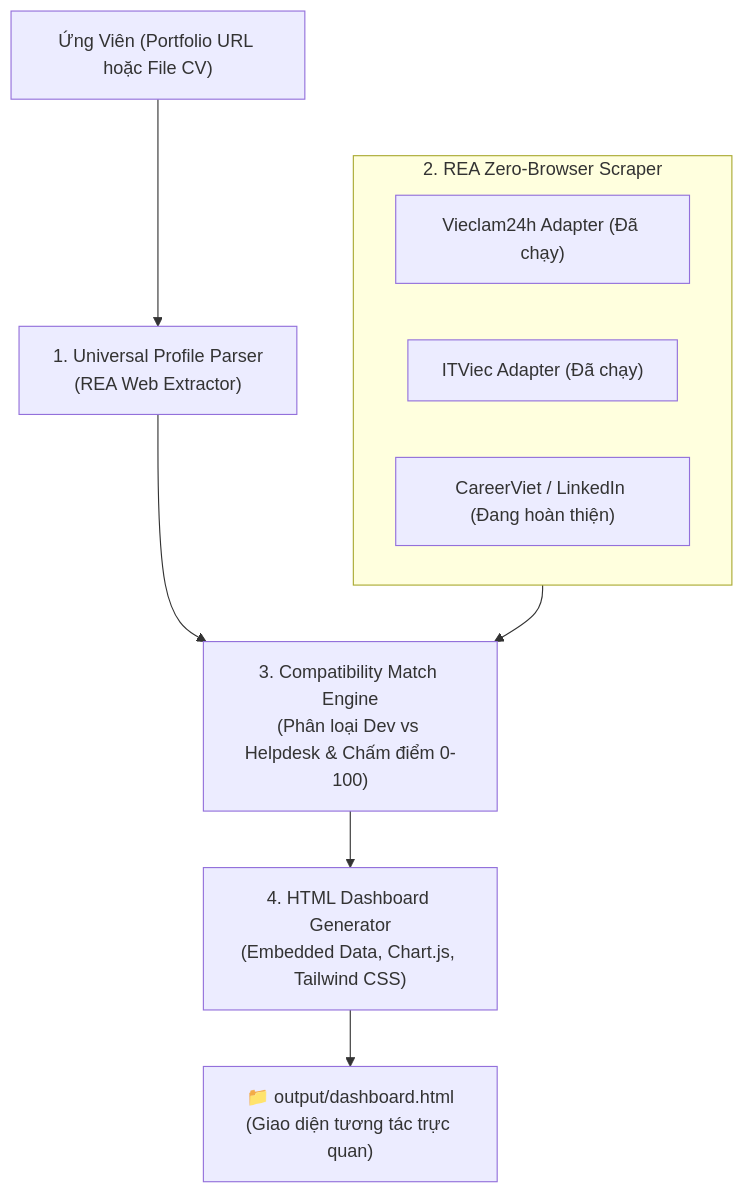
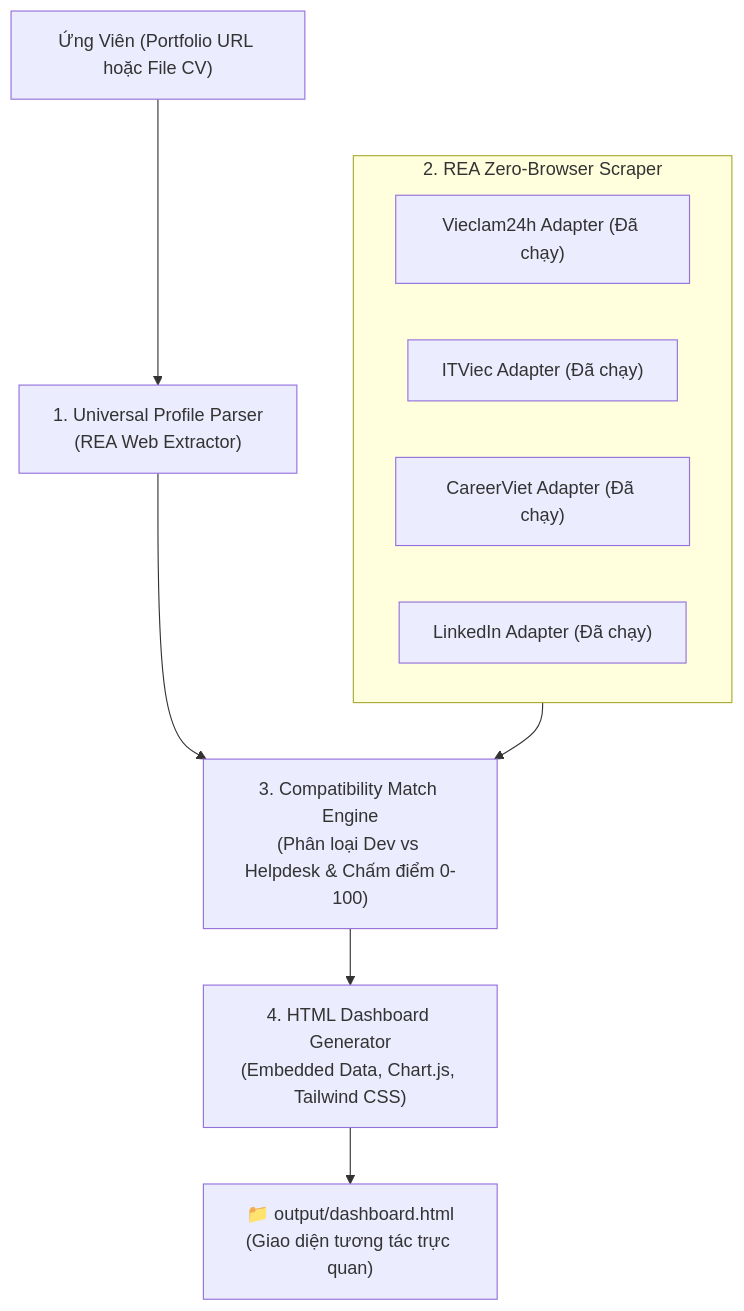
The diagram in README.md (thieuhoang2002/job-scout-vn), drawn with Mermaid before and after one commit. The commit also changed other lines of this file and 5 other files, not shown here.

Commit message:
feat: implement CareerViet and LinkedIn adapters, enabling 4-source simultaneous job scouting

````diff
--- a/README.md
+++ b/README.md
@@ -53,16 +53,17 @@
 ```mermaid
 flowchart TD
     Candidate["Ứng Viên (Portfolio URL hoặc File CV)"] --> Parser["1. Universal Profile Parser<br/>(REA Web Extractor)"]
     
     subgraph ScrapingLayer ["2. REA Zero-Browser Scraper"]
         S1["Vieclam24h Adapter (Đã chạy)"]
         S2["ITViec Adapter (Đã chạy)"]
-        S3["CareerViet / LinkedIn (Đang hoàn thiện)"]
+        S3["CareerViet Adapter (Đã chạy)"]
+        S4["LinkedIn Adapter (Đã chạy)"]
     end
     
     Parser --> MatchEngine["3. Compatibility Match Engine<br/>(Phân loại Dev vs Helpdesk & Chấm điểm 0-100)"]
     ScrapingLayer --> MatchEngine
     
     MatchEngine --> Generator["4. HTML Dashboard Generator<br/>(Embedded Data, Chart.js, Tailwind CSS)"]
     Generator --> HTMLOut["📁 output/dashboard.html<br/>(Giao diện tương tác trực quan)"]
 ```
````
